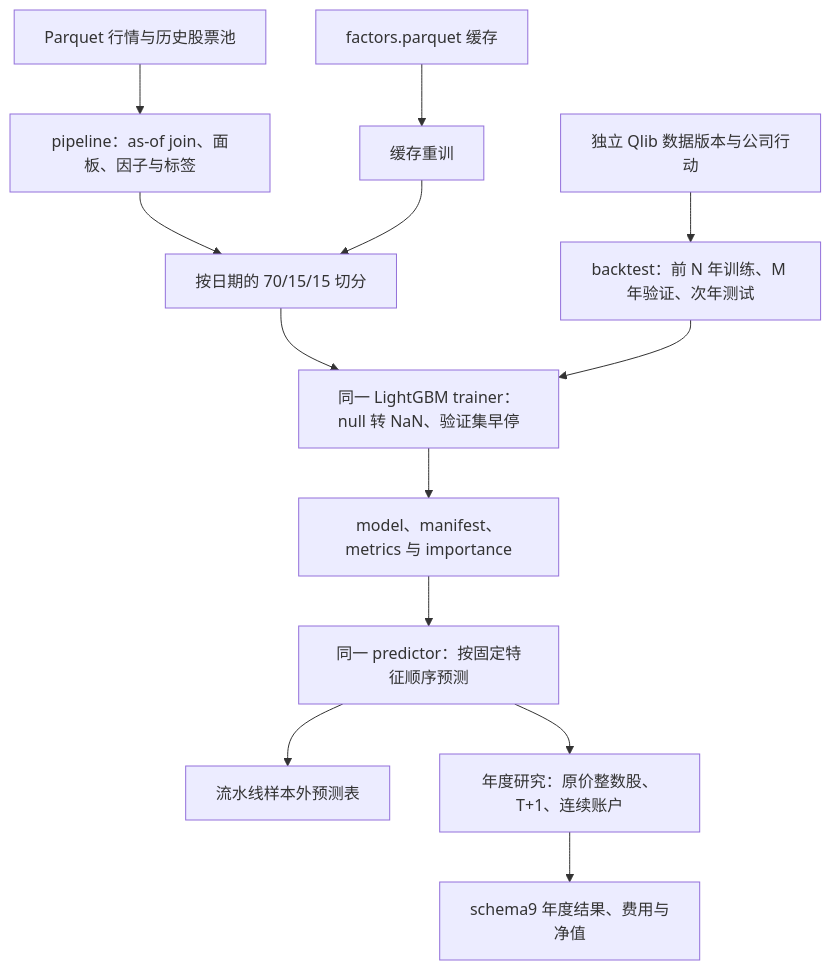
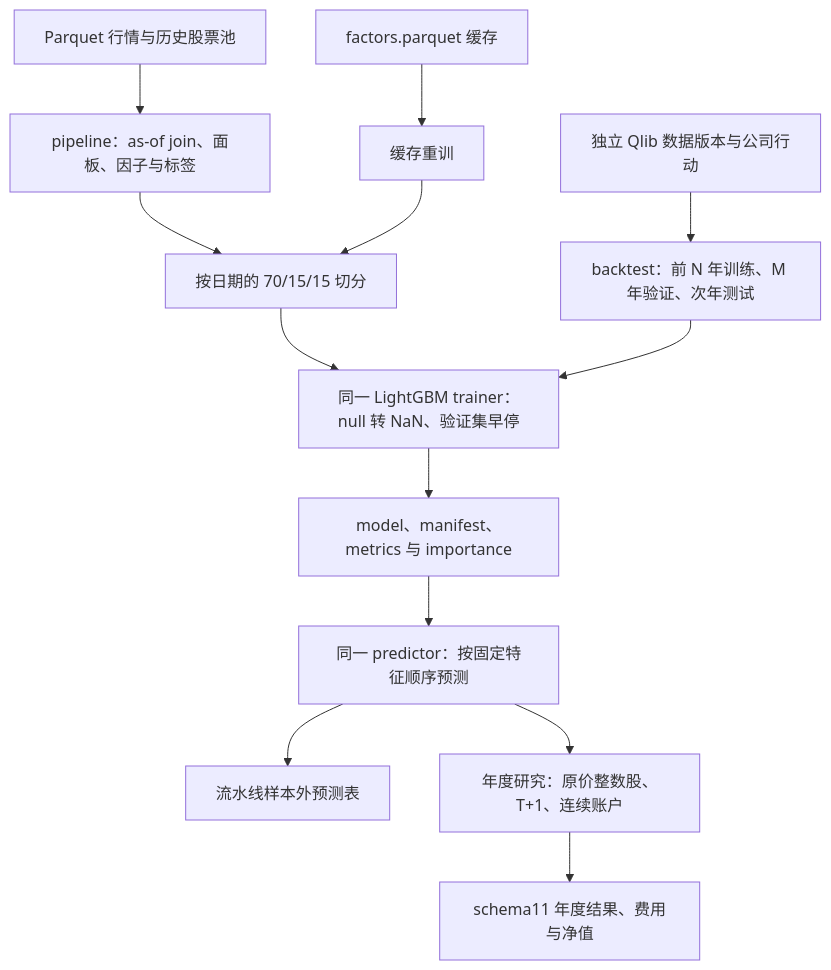
The first of 4 diagrams in crates/ml/src/README.md (Dennishaha/JFQuant), drawn with Mermaid before and after one commit. The commit also changed other lines of this file and 71 other files, not shown here.

````diff
--- a/crates/ml/src/README.md
+++ b/crates/ml/src/README.md
@@ -16,15 +16,15 @@
 ```mermaid
 flowchart TD
   PARQUET["Parquet 行情与历史股票池"] --> PIPE["pipeline：as-of join、面板、因子与标签"]
   PIPE --> SPLIT["按日期的 70/15/15 切分"]
   CACHE["factors.parquet 缓存"] --> RETRAIN["缓存重训"]
   RETRAIN --> SPLIT
   QLIB["独立 Qlib 数据版本与公司行动"] --> YEAR["backtest：前 N 年训练、M 年验证、次年测试"]
   SPLIT --> TRAIN["同一 LightGBM trainer：null 转 NaN、验证集早停"]
   YEAR --> TRAIN
   TRAIN --> MODEL["model、manifest、metrics 与 importance"]
   MODEL --> PRED["同一 predictor：按固定特征顺序预测"]
   PRED --> TABLE["流水线样本外预测表"]
   PRED --> LEDGER["年度研究：原价整数股、T+1、连续账户"]
-  LEDGER --> RESULT["schema9 年度结果、费用与净值"]
+  LEDGER --> RESULT["schema11 年度结果、费用与净值"]
 ```
````
